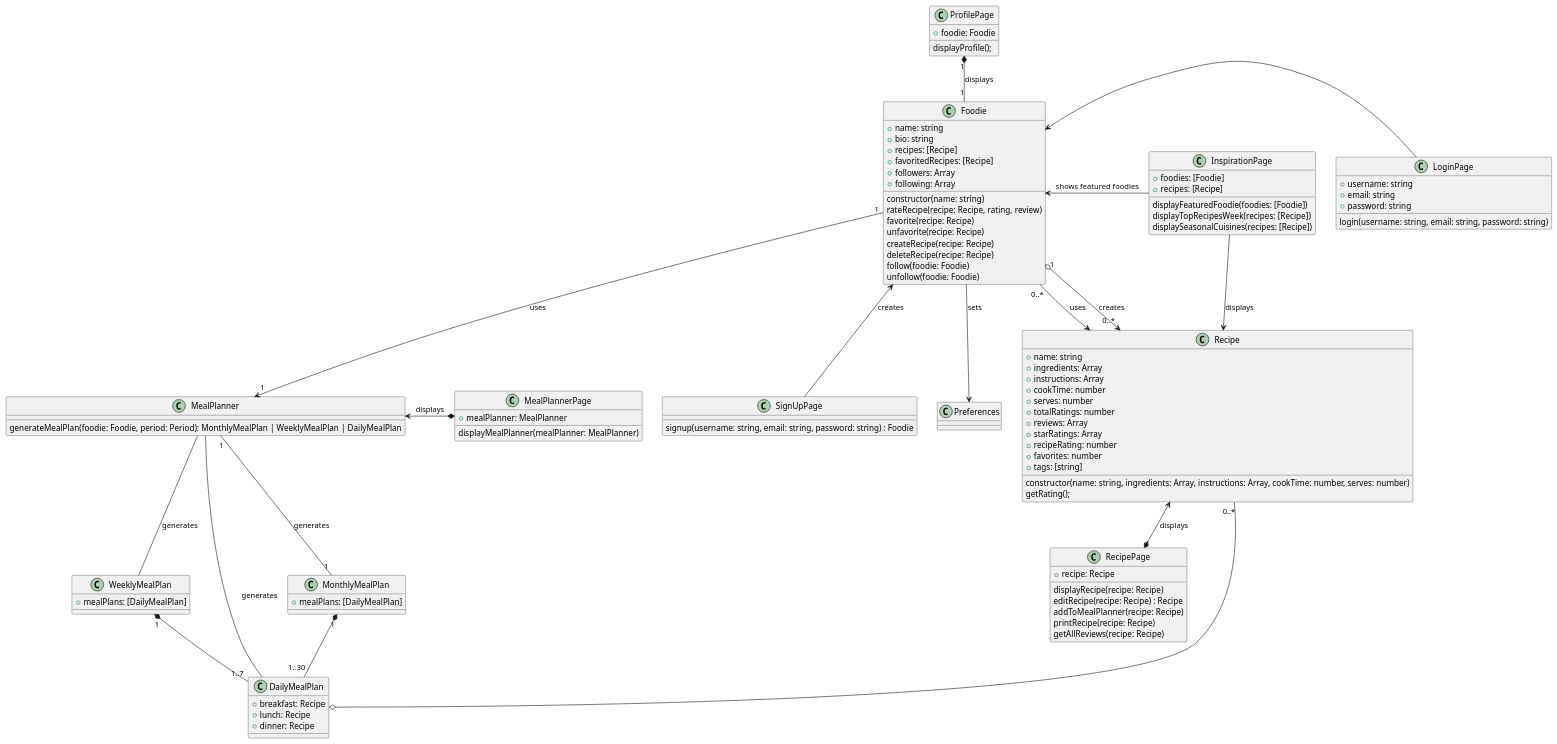
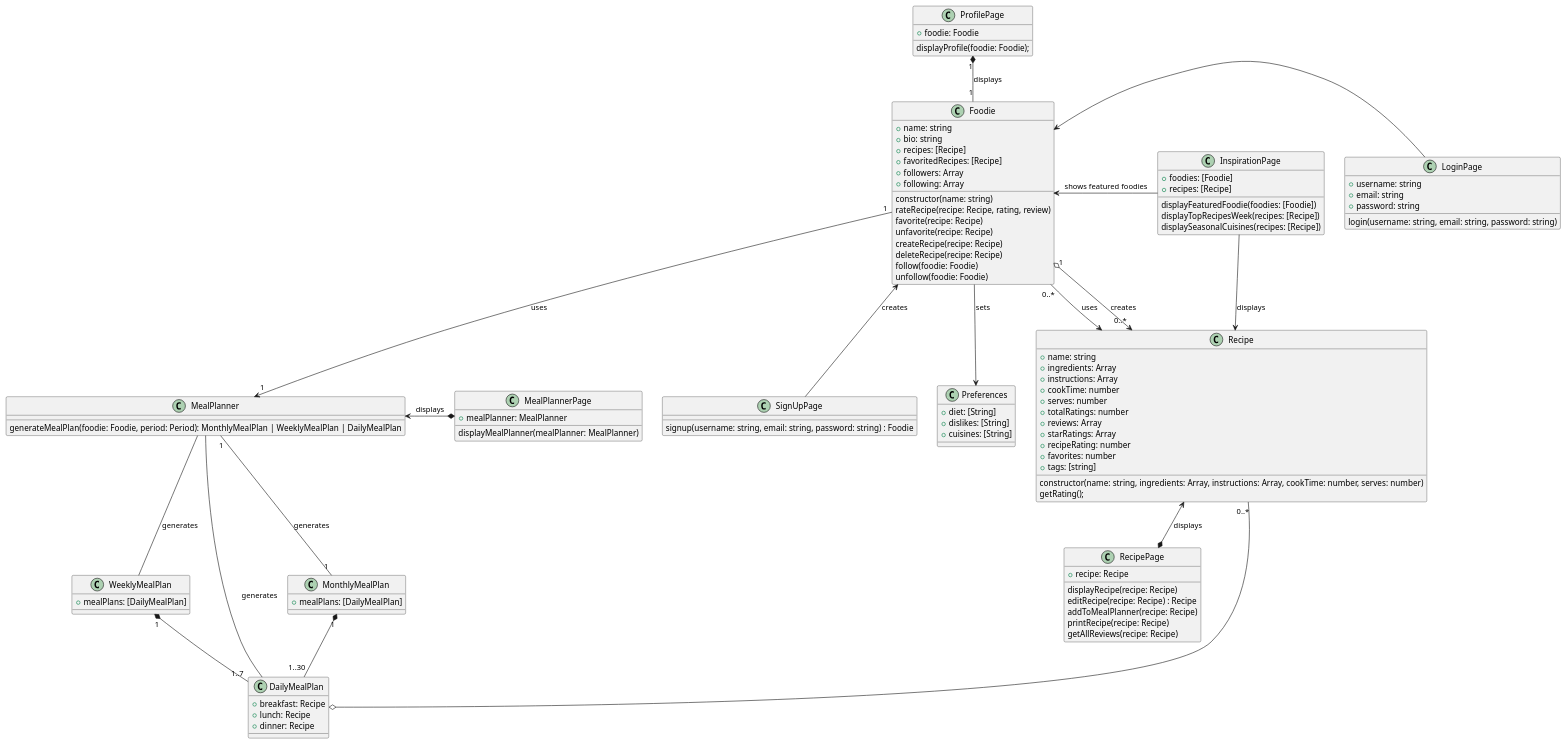
The diagram in architecture/class.puml (balibee/voodie), drawn with PlantUML before and after one commit.

Commit message:
Add Preference Class to UML and reorganize ProfilePage

```diff
--- a/architecture/class.puml
+++ b/architecture/class.puml
@@ -1,123 +1,128 @@
 @startuml Voodie Class Diagram
 
 class Foodie {
 
     +name: string
     +bio: string
     +recipes: [Recipe]
     +favoritedRecipes: [Recipe]
     +followers: Array
     +following: Array
 
     constructor(name: string)
     rateRecipe(recipe: Recipe, rating, review)
     favorite(recipe: Recipe)
     unfavorite(recipe: Recipe)
     createRecipe(recipe: Recipe)
     deleteRecipe(recipe: Recipe)
     follow(foodie: Foodie)
     unfollow(foodie: Foodie)
 }
 
 class Recipe {
     +name: string
     +ingredients: Array
     +instructions: Array
     +cookTime: number
     +serves: number
     +totalRatings: number
     +reviews: Array
     +starRatings: Array
     +recipeRating: number
     +favorites: number
     +tags: [string]
 
     constructor(name: string, ingredients: Array, instructions: Array, cookTime: number, serves: number)
     getRating();
 }
 
 class RecipePage {
     +recipe: Recipe
 
     displayRecipe(recipe: Recipe)
     editRecipe(recipe: Recipe) : Recipe
     addToMealPlanner(recipe: Recipe)
     printRecipe(recipe: Recipe)
     getAllReviews(recipe: Recipe)
 }
 
 class MealPlannerPage {
     +mealPlanner: MealPlanner
     displayMealPlanner(mealPlanner: MealPlanner)
 }
 
 class MealPlanner {
     generateMealPlan(foodie: Foodie, period: Period): MonthlyMealPlan | WeeklyMealPlan | DailyMealPlan
 }
 
 class MonthlyMealPlan {
     +mealPlans: [DailyMealPlan]
 }
 
 class WeeklyMealPlan {
     +mealPlans: [DailyMealPlan]
 }
 
 class DailyMealPlan {
     +breakfast: Recipe
     +lunch: Recipe
     +dinner: Recipe
 }
 
 class InspirationPage {
     +foodies: [Foodie]
     +recipes: [Recipe]
 
     displayFeaturedFoodie(foodies: [Foodie])
     displayTopRecipesWeek(recipes: [Recipe])
     displaySeasonalCuisines(recipes: [Recipe])
 }
 
 class LoginPage {
     +username: string
     +email: string
     +password: string
 
     login(username: string, email: string, password: string)
 }
 
 class SignUpPage {
 
     signup(username: string, email: string, password: string) : Foodie
 }
 
 class ProfilePage {
     +foodie: Foodie
+    displayProfile(foodie: Foodie);
+}
 
-    displayProfile();
+class Preferences {
+    +diet: [String]
+    +dislikes: [String]
+    +cuisines: [String]
 }
 
 ProfilePage "1" *-- "1" Foodie : displays
 
 Foodie <-right- LoginPage
 Foodie <-down- SignUpPage : creates
 Foodie "1" o-> "0..*" Recipe : creates
 Foodie "1" --> "1" MealPlanner : uses
 Foodie <- InspirationPage : shows featured foodies
 
 MealPlanner "1" -- "1" MonthlyMealPlan : generates
 MealPlanner -down- WeeklyMealPlan : generates
 MealPlanner - DailyMealPlan : generates
 MealPlanner <-right-* MealPlannerPage : displays
 
 MonthlyMealPlan "1" *-down- "1..30" DailyMealPlan
 WeeklyMealPlan "1" *-- "1..7" DailyMealPlan
 
 Recipe <-right- "0..*" Foodie : uses
 Recipe "0..*" -o DailyMealPlan
 Recipe <-down-* RecipePage : displays
 Recipe <-up- InspirationPage: displays
 
 Preferences <-up- Foodie : sets
 
 @enduml
```
